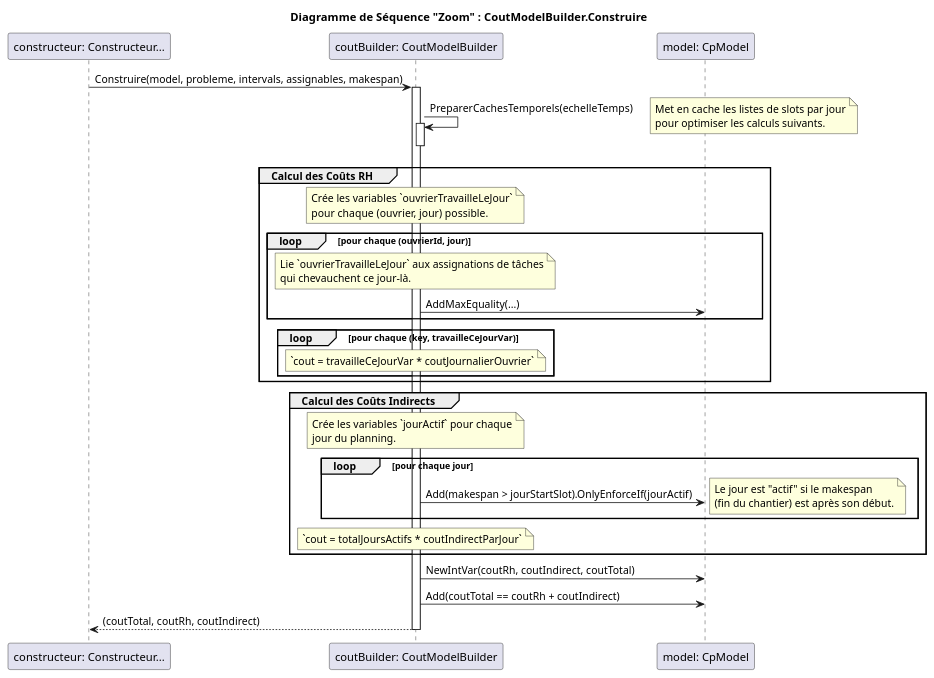
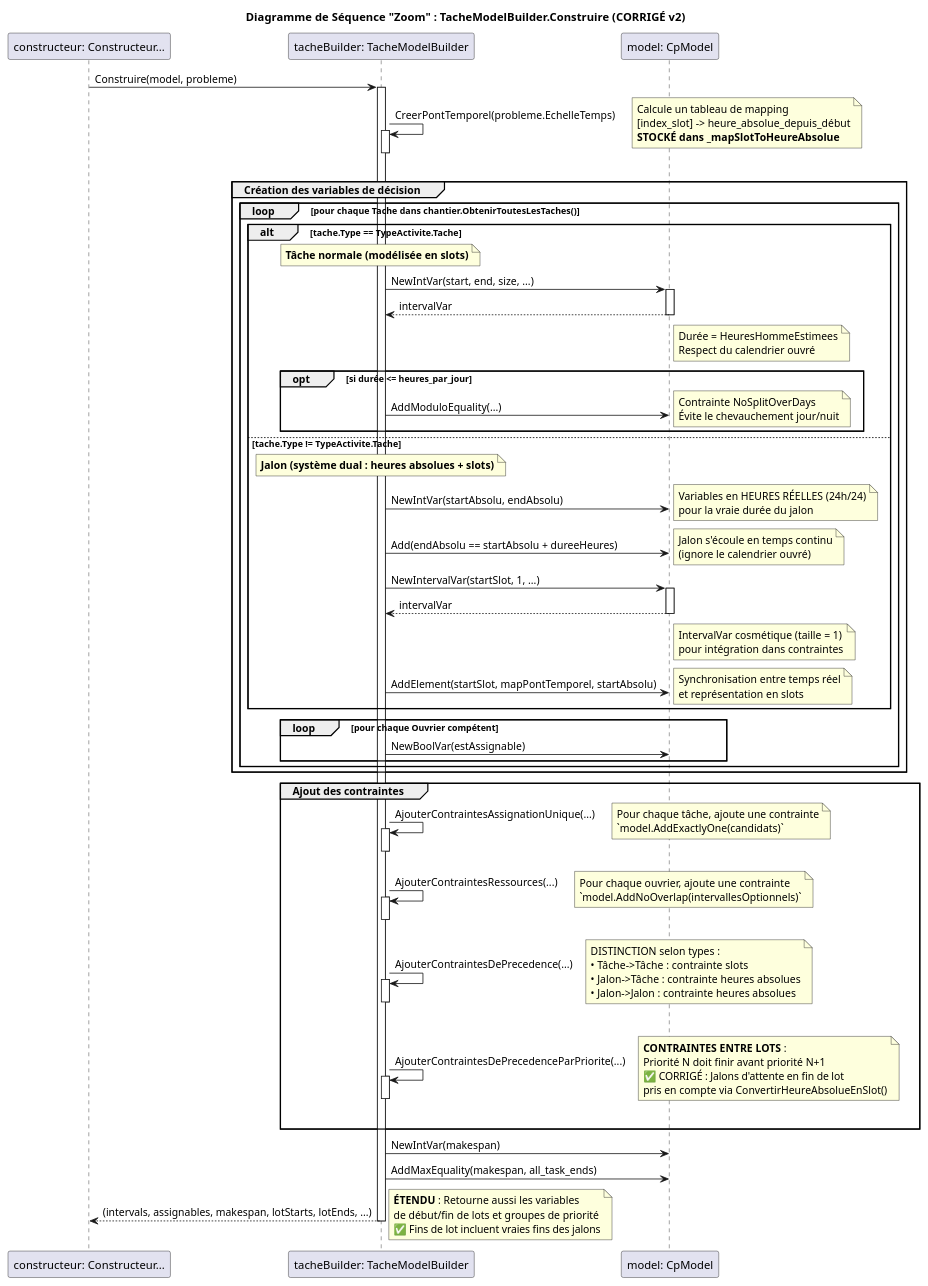
The diagram in Docs/Core/ConstructeurProblemeOrTools_F2_Seq.puml (edgardmaillot/PlanAthena), drawn with PlantUML before and after one commit. The commit also changed 32 other files, not shown here.

Commit message:
V0.3.9 BugFix sur le calcul des fins de jalons d'attente dans PA.Core

```diff
--- a/Docs/Core/ConstructeurProblemeOrTools_F2_Seq.puml
+++ b/Docs/Core/ConstructeurProblemeOrTools_F2_Seq.puml
@@ -1,55 +1,85 @@
 @startuml
-title Diagramme de Séquence "Zoom" : CoutModelBuilder.Construire
+title Diagramme de Séquence "Zoom" : TacheModelBuilder.Construire (CORRIGÉ v2)
 
 participant "constructeur: Constructeur..." as Constructeur
-participant "coutBuilder: CoutModelBuilder" as Builder
+participant "tacheBuilder: TacheModelBuilder" as Builder
 participant "model: CpModel" as Model
 
-Constructeur -> Builder : Construire(model, probleme, intervals, assignables, makespan)
+Constructeur -> Builder : Construire(model, probleme)
 activate Builder
 
-Builder -> Builder : PreparerCachesTemporels(echelleTemps)
+Builder -> Builder : CreerPontTemporel(probleme.EchelleTemps)
 activate Builder
-note right: Met en cache les listes de slots par jour\npour optimiser les calculs suivants.
+note right: Calcule un tableau de mapping\n[index_slot] -> heure_absolue_depuis_début\n**STOCKÉ dans _mapSlotToHeureAbsolue**
 deactivate Builder
 
-group Calcul des Coûts RH
-    note over Builder
-        Crée les variables `ouvrierTravailleLeJour`
-        pour chaque (ouvrier, jour) possible.
-    end note
-    
-    loop pour chaque (ouvrierId, jour)
-        note over Builder
-            Lie `ouvrierTravailleLeJour` aux assignations de tâches
-            qui chevauchent ce jour-là.
-        end note
-        Builder -> Model : AddMaxEquality(...)
-    end
+group Création des variables de décision
+    loop pour chaque Tache dans chantier.ObtenirToutesLesTaches()
+        
+        alt tache.Type == TypeActivite.Tache
+            note over Builder: **Tâche normale (modélisée en slots)**
+            Builder -> Model : NewIntVar(start, end, size, ...)
+            activate Model
+            Model --> Builder : intervalVar
+            deactivate Model
+            note right of Model: Durée = HeuresHommeEstimees\nRespect du calendrier ouvré
+            
+            opt si durée <= heures_par_jour
+                Builder -> Model : AddModuloEquality(...)
+                note right: Contrainte NoSplitOverDays\nÉvite le chevauchement jour/nuit
+            end
+            
+        else tache.Type != TypeActivite.Tache
+            note over Builder: **Jalon (système dual : heures absolues + slots)**
+            Builder -> Model : NewIntVar(startAbsolu, endAbsolu)
+            note right: Variables en HEURES RÉELLES (24h/24)\npour la vraie durée du jalon
+            
+            Builder -> Model : Add(endAbsolu == startAbsolu + dureeHeures)
+            note right: Jalon s'écoule en temps continu\n(ignore le calendrier ouvré)
 
-    loop pour chaque (key, travailleCeJourVar)
-        note over Builder: `cout = travailleCeJourVar * coutJournalierOuvrier`
+            Builder -> Model : NewIntervalVar(startSlot, 1, ...)
+            activate Model
+            Model --> Builder : intervalVar
+            deactivate Model
+            note right of Model: IntervalVar cosmétique (taille = 1)\npour intégration dans contraintes
+
+            Builder -> Model : AddElement(startSlot, mapPontTemporel, startAbsolu)
+            note right: Synchronisation entre temps réel\net représentation en slots
+        end
+
+        loop pour chaque Ouvrier compétent
+            Builder -> Model : NewBoolVar(estAssignable)
+        end
     end
 end group
 
+group Ajout des contraintes
+    Builder -> Builder : AjouterContraintesAssignationUnique(...)
+    activate Builder
+    note right: Pour chaque tâche, ajoute une contrainte\n`model.AddExactlyOne(candidats)`
+    deactivate Builder
 
-group Calcul des Coûts Indirects
-    note over Builder
-        Crée les variables `jourActif` pour chaque
-        jour du planning.
-    end note
+    Builder -> Builder : AjouterContraintesRessources(...)
+    activate Builder
+    note right: Pour chaque ouvrier, ajoute une contrainte\n`model.AddNoOverlap(intervallesOptionnels)`
+    deactivate Builder
+    
+    Builder -> Builder : AjouterContraintesDePrecedence(...)
+    activate Builder
+    note right: DISTINCTION selon types :\n• Tâche->Tâche : contrainte slots\n• Jalon->Tâche : contrainte heures absolues\n• Jalon->Jalon : contrainte heures absolues
+    deactivate Builder
 
-    loop pour chaque jour
-        Builder -> Model : Add(makespan > jourStartSlot).OnlyEnforceIf(jourActif)
-        note right: Le jour est "actif" si le makespan\n(fin du chantier) est après son début.
-    end
-    
-    note over Builder: `cout = totalJoursActifs * coutIndirectParJour`
+    Builder -> Builder : AjouterContraintesDePrecedenceParPriorite(...)
+    activate Builder
+    note right: **CONTRAINTES ENTRE LOTS** :\nPriorité N doit finir avant priorité N+1\n✅ CORRIGÉ : Jalons d'attente en fin de lot\npris en compte via ConvertirHeureAbsolueEnSlot()
+    deactivate Builder
 end
 
-Builder -> Model : NewIntVar(coutRh, coutIndirect, coutTotal)
-Builder -> Model : Add(coutTotal == coutRh + coutIndirect)
+Builder -> Model : NewIntVar(makespan)
+Builder -> Model : AddMaxEquality(makespan, all_task_ends)
 
-Builder --> Constructeur : (coutTotal, coutRh, coutIndirect)
+Builder --> Constructeur : (intervals, assignables, makespan, lotStarts, lotEnds, ...)
+note right: **ÉTENDU** : Retourne aussi les variables\nde début/fin de lots et groupes de priorité\n✅ Fins de lot incluent vraies fins des jalons
 deactivate Builder
+
 @enduml
```
